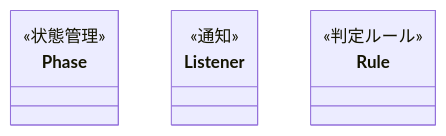
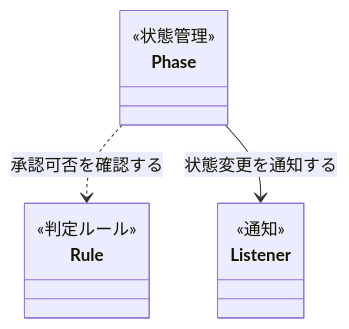
Before and after one commit to kumachan1101-pixel/DesignPattern: the eighth of 9 diagrams in kindle/design-patterns/output/chapter12.md, drawn with Mermaid. The commit also changed other lines of this file and 7 other files, not shown here.

Commit message:
fix: クラス図の関係性を明確化

````diff
--- a/kindle/design-patterns/output/chapter12.md
+++ b/kindle/design-patterns/output/chapter12.md
@@ -1688,6 +1695,8 @@
 ```mermaid
 classDiagram
     class Phase { <<状態管理>> }
     class Listener { <<通知>> }
     class Rule { <<判定ルール>> }
+    Phase ..> Rule : 承認可否を確認する
+    Phase --> Listener : 状態変更を通知する
 ```
````
